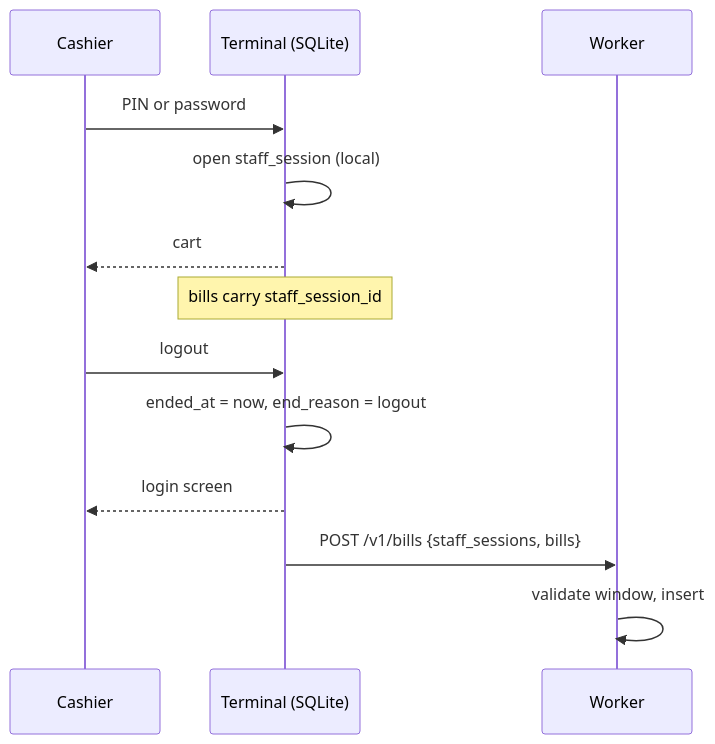
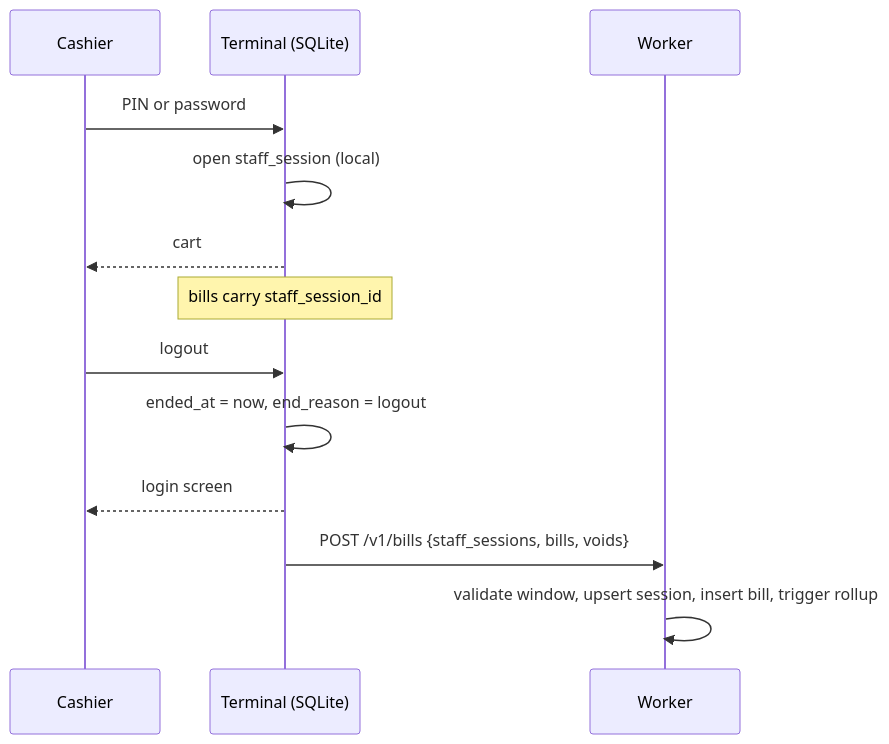
The diagram in docs/api-routes.md (chandra447/Traasu), drawn with Mermaid before and after one commit. The commit also changed other lines of this file and 25 other files, not shown here.

````diff
--- a/docs/api-routes.md
+++ b/docs/api-routes.md
@@ -671,16 +948,16 @@
 ```mermaid
 sequenceDiagram
     participant C as Cashier
     participant T as Terminal (SQLite)
     participant W as Worker
 
     C->>T: PIN or password
     T->>T: open staff_session (local)
     T-->>C: cart
     Note over T: bills carry staff_session_id
     C->>T: logout
     T->>T: ended_at = now, end_reason = logout
     T-->>C: login screen
-    T->>W: POST /v1/bills {staff_sessions, bills}
-    W->>W: validate window, insert
+    T->>W: POST /v1/bills {staff_sessions, bills, voids}
+    W->>W: validate window, upsert session, insert bill, trigger rollup
 ```
````
